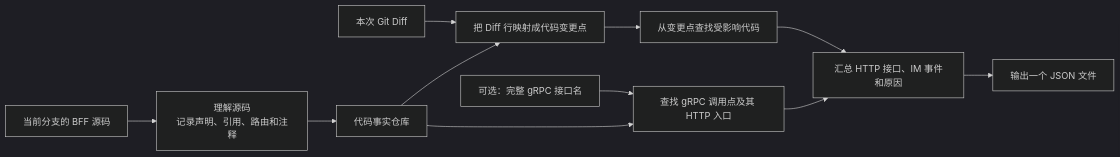
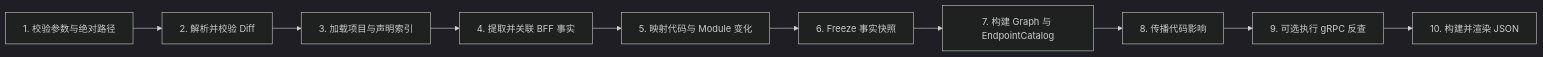
One commit to Flying-Bird1999/go-analyzer changed the eighth of 17 diagrams in TECH-DESIGN-impact-analysis.md. Above: the diagram before and after it, drawn with Mermaid (dark theme). The commit also changed other lines of this file and 1 other file, not shown here.

````diff
--- a/TECH-DESIGN-impact-analysis.md
+++ b/TECH-DESIGN-impact-analysis.md
@@ -278,21 +643,15 @@
 ```mermaid
 flowchart LR
-    SOURCE["当前分支的 BFF 源码"]
-    DIFF["本次 Git Diff"]
-    RPC["可选：完整 gRPC 接口名"]
+    A["1. 校验参数与绝对路径"]
+    B["2. 解析并校验 Diff"]
+    C["3. 加载项目与声明索引"]
+    D["4. 提取并关联 BFF 事实"]
+    E["5. 映射代码与 Module 变化"]
+    F["6. Freeze 事实快照"]
+    G["7. 构建 Graph 与 EndpointCatalog"]
+    H["8. 传播代码影响"]
+    I["9. 可选执行 gRPC 反查"]
+    J["10. 构建并渲染 JSON"]
 
-    UNDERSTAND["理解源码<br/>记录声明、引用、路由和注释"]
-    STORE["代码事实仓库"]
-    MAP["把 Diff 行映射成代码变更点"]
-    WALK["从变更点查找受影响代码"]
-    RPCQUERY["查找 gRPC 调用点及其 HTTP 入口"]
-    RESULT["汇总 HTTP 接口、IM 事件和原因"]
-    JSON["输出一个 JSON 文件"]
-
-    SOURCE --> UNDERSTAND --> STORE
-    DIFF --> MAP
-    STORE --> MAP --> WALK --> RESULT
-    RPC --> RPCQUERY
-    STORE --> RPCQUERY --> RESULT
-    RESULT --> JSON
+    A --> B --> C --> D --> E --> F --> G --> H --> I --> J
 ```
````
